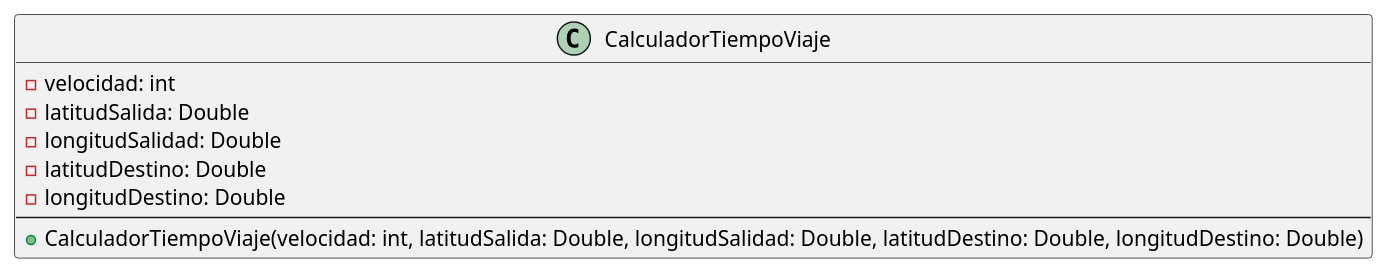
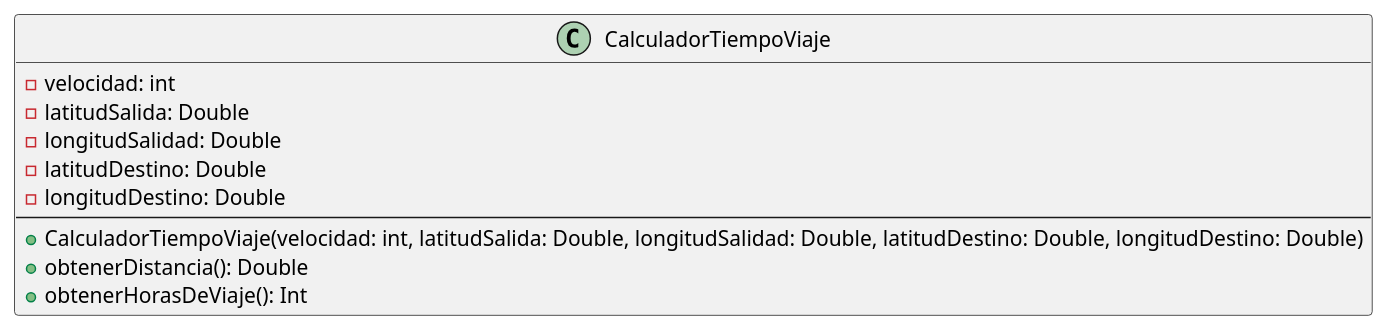
One commit to alexguttlein/TP2-CarmenSandiego changed the diagram in diagrams/classes/Entrega1/classCalculadorTiempoViaje.puml. Above: the diagram before and after it, drawn with PlantUML. The commit also changed 3 other files, not shown here.

```diff
--- a/diagrams/classes/Entrega1/classCalculadorTiempoViaje.puml
+++ b/diagrams/classes/Entrega1/classCalculadorTiempoViaje.puml
@@ -1,13 +1,15 @@
 @startuml
 
 class CalculadorTiempoViaje{
     -velocidad: int
     -latitudSalida: Double
     -longitudSalidad: Double
     -latitudDestino: Double
     -longitudDestino: Double
     --
     +CalculadorTiempoViaje(velocidad: int, latitudSalida: Double, longitudSalidad: Double, latitudDestino: Double, longitudDestino: Double)
+    +obtenerDistancia(): Double
+    +obtenerHorasDeViaje(): Int
 }
 
 @enduml
```
